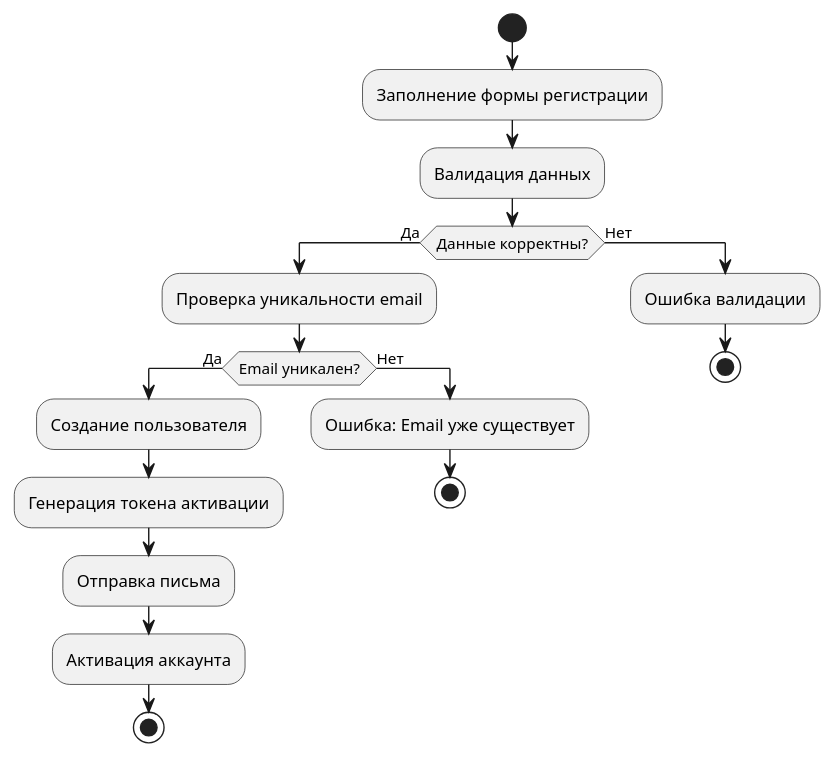
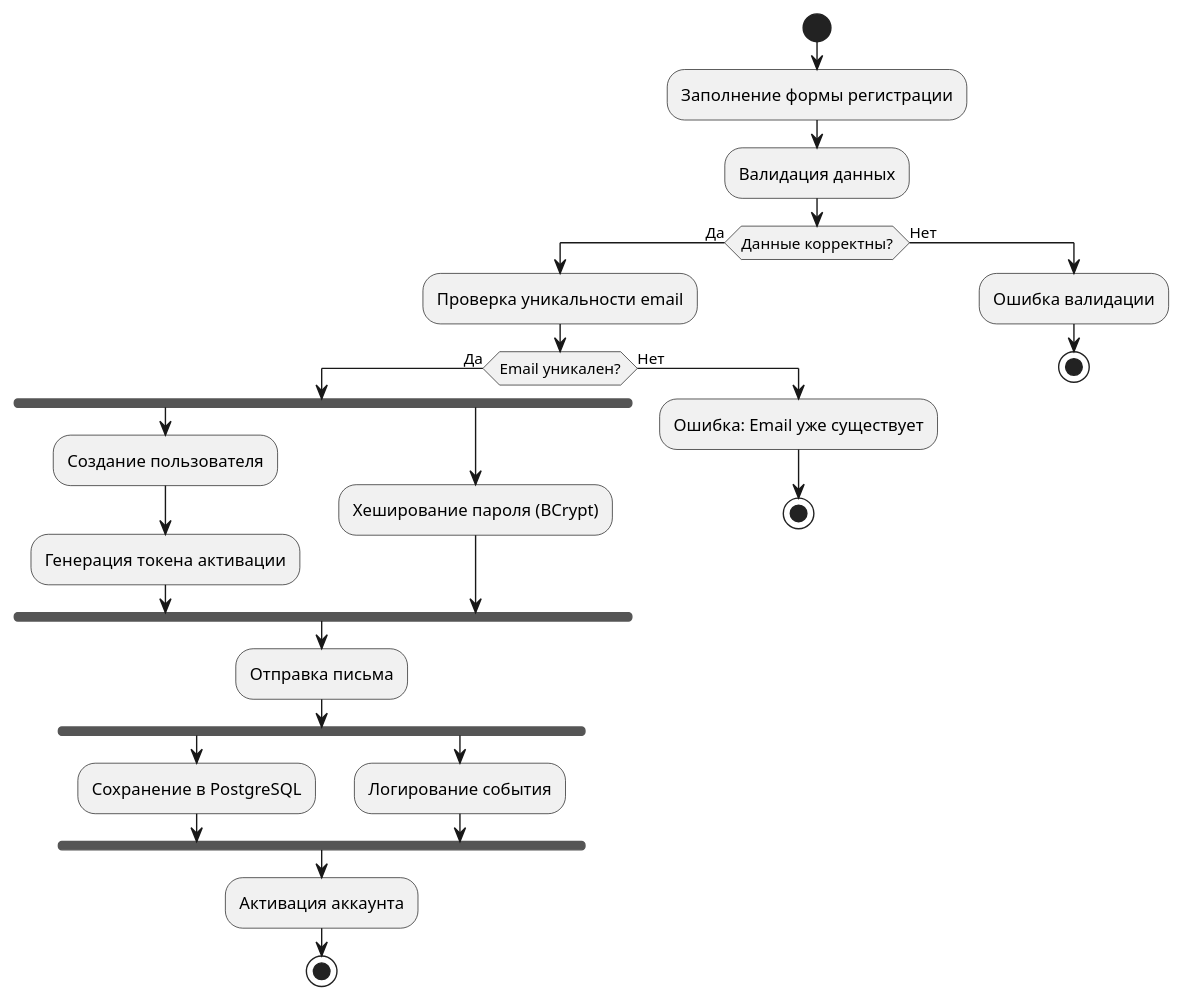
The diagram in diagrams-codes/UML_REGISTRATION_2_Activity.puml (Edisheri/system-engineering-playbook), drawn with PlantUML before and after one commit. The commit also changed 10 other files, not shown here.

Commit message:
Add detailed decompositions for IDEF0 (A1, A2), DFD (P1), and update UML diagrams: add activation boxes, synchronous calls, fork/join, and proper include/extend relationships

```diff
--- a/diagrams-codes/UML_REGISTRATION_2_Activity.puml
+++ b/diagrams-codes/UML_REGISTRATION_2_Activity.puml
@@ -1,27 +1,39 @@
 @startuml
 start
 
 :Заполнение формы регистрации;
 
 :Валидация данных;
 
 if (Данные корректны?) then (Да)
   :Проверка уникальности email;
   
   if (Email уникален?) then (Да)
-    :Создание пользователя;
-    :Генерация токена активации;
+    fork
+      :Создание пользователя;
+      :Генерация токена активации;
+    fork again
+      :Хеширование пароля (BCrypt);
+    end fork
+    
     :Отправка письма;
+    
+    fork
+      :Сохранение в PostgreSQL;
+    fork again
+      :Логирование события;
+    end fork
+    
     :Активация аккаунта;
     stop
   else (Нет)
     :Ошибка: Email уже существует;
     stop
   endif
   
 else (Нет)
   :Ошибка валидации;
   stop
 endif
 
 @enduml
```
